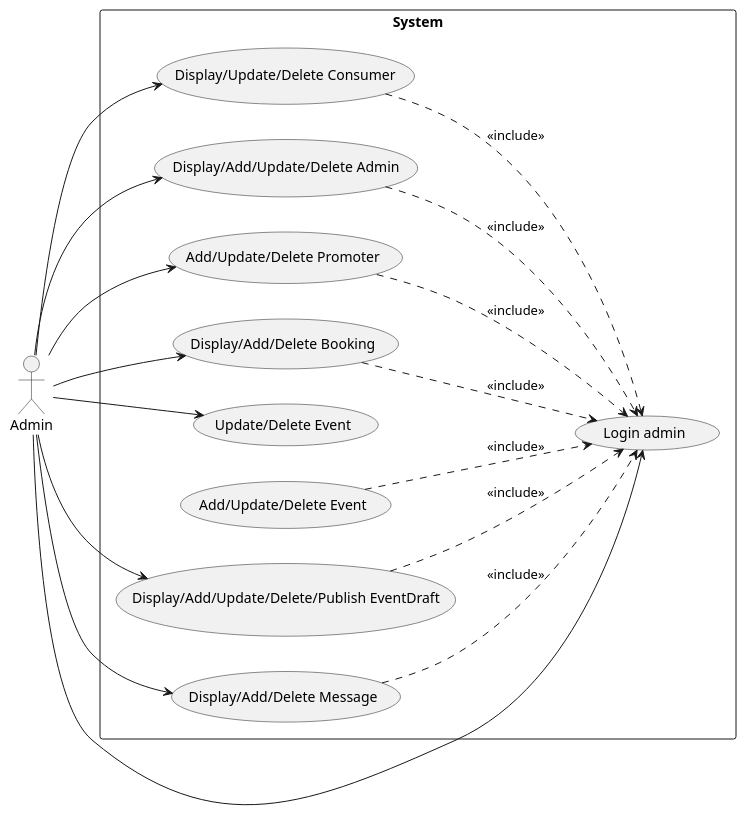
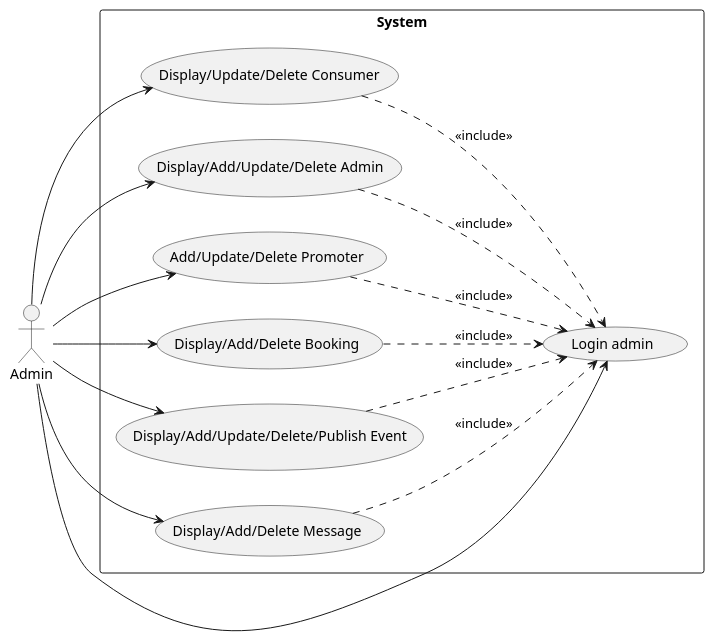
The diagram in backend/Diagrams/UseCase/PareidoliaUseCaseAdmin.puml (EvenCiampa/Pareidolia), drawn with PlantUML before and after one commit. The commit also changed 3 other files, not shown here.

```diff
--- a/backend/Diagrams/UseCase/PareidoliaUseCaseAdmin.puml
+++ b/backend/Diagrams/UseCase/PareidoliaUseCaseAdmin.puml
@@ -1,24 +1,22 @@
 @startuml
 left to right direction
 actor "Admin"
 
 
 rectangle System{
 	Admin -down->  (Login admin)
 	Admin -down-> (Display/Update/Delete Consumer)
 	(Display/Update/Delete Consumer) ..>  (Login admin): <<include>>
 	Admin -down-> (Display/Add/Update/Delete Admin)
 	(Display/Add/Update/Delete Admin) ..>  (Login admin): <<include>>
 	Admin -down-> (Add/Update/Delete Promoter)
     (Add/Update/Delete Promoter) ..>  (Login admin): <<include>>
 	' eliminato: Booking configurations, gift, order, Package, Product, Treatment, ServiceComment '
 	Admin -down-> (Display/Add/Delete Booking)
 	(Display/Add/Delete Booking) ..>  (Login admin): <<include>>
-	Admin -down-> (Update/Delete Event)
-	(Add/Update/Delete Event) ..>  (Login admin): <<include>>
-	Admin -down-> (Display/Add/Update/Delete/Publish EventDraft)
-    (Display/Add/Update/Delete/Publish EventDraft) ..> (Login admin): <<include>>
+	Admin -down-> (Display/Add/Update/Delete/Publish Event)
+    (Display/Add/Update/Delete/Publish Event) ..> (Login admin): <<include>>
     Admin -down-> (Display/Add/Delete Message)
    	(Display/Add/Delete Message) ..> (Login admin): <<include>>
 }
 @enduml
```
